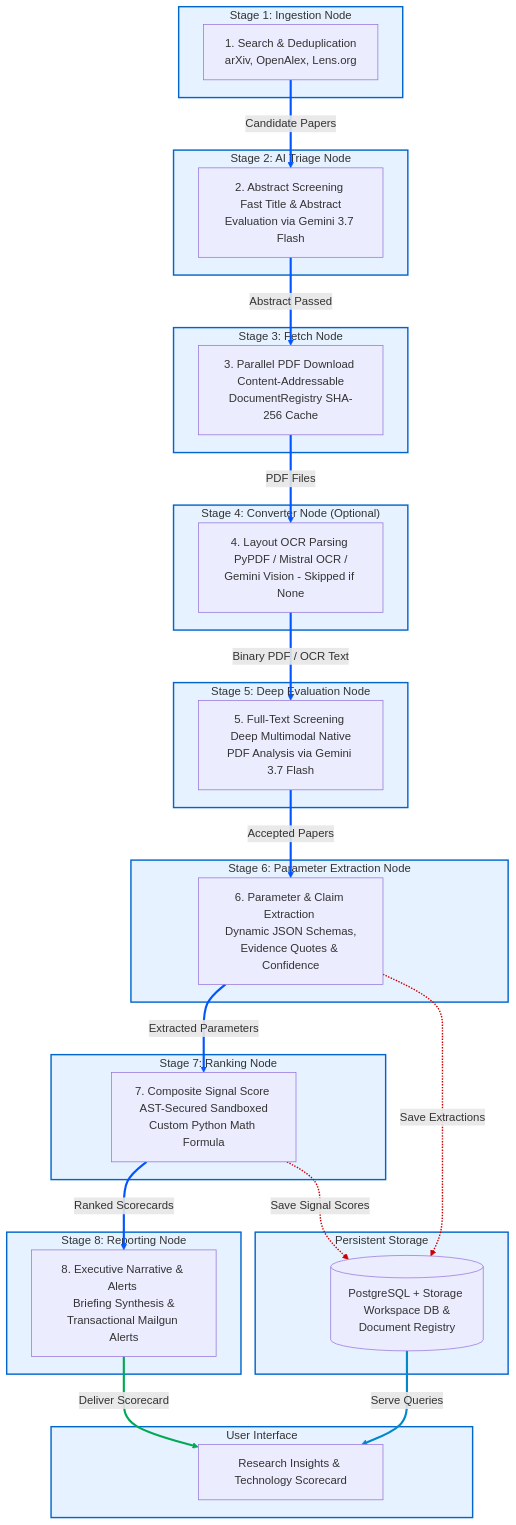
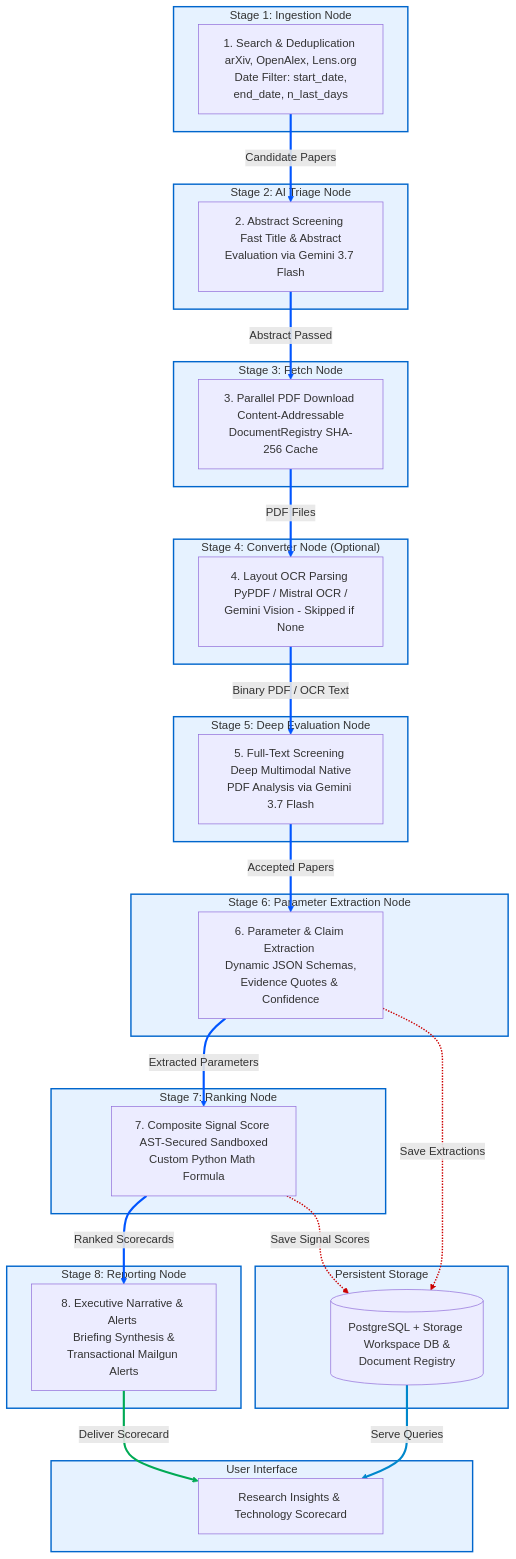
Before and after one commit to p4ku/research-intelligence: the diagram in docs/diagrams/pipeline_stages.mmd, drawn with Mermaid. The commit also changed 62 other files, not shown here.

```diff
--- a/docs/diagrams/pipeline_stages.mmd
+++ b/docs/diagrams/pipeline_stages.mmd
@@ -1,75 +1,75 @@
 graph TB
     subgraph P1 ["Stage 1: Ingestion Node"]
-        search[1. Search & Deduplication <br> arXiv, OpenAlex, Lens.org]
+        search[1. Search & Deduplication <br> arXiv, OpenAlex, Lens.org <br> Date Filter: start_date, end_date, n_last_days]
     end
     style P1 fill:#e6f2ff,stroke:#0066cc,stroke-width:2px
 
     subgraph P2 ["Stage 2: AI Triage Node"]
         abstract_screen[2. Abstract Screening <br> Fast Title & Abstract Evaluation via Gemini 3.7 Flash]
     end
     style P2 fill:#e6f2ff,stroke:#0066cc,stroke-width:2px
 
     subgraph P3 ["Stage 3: Fetch Node"]
         download[3. Parallel PDF Download <br> Content-Addressable DocumentRegistry SHA-256 Cache]
     end
     style P3 fill:#e6f2ff,stroke:#0066cc,stroke-width:2px
 
     subgraph P4 ["Stage 4: Converter Node (Optional)"]
         ocr[4. Layout OCR Parsing <br> PyPDF / Mistral OCR / Gemini Vision - Skipped if None]
     end
     style P4 fill:#e6f2ff,stroke:#0066cc,stroke-width:2px
 
     subgraph P5 ["Stage 5: Deep Evaluation Node"]
         full_text_screen[5. Full-Text Screening <br> Deep Multimodal Native PDF Analysis via Gemini 3.7 Flash]
     end
     style P5 fill:#e6f2ff,stroke:#0066cc,stroke-width:2px
 
     subgraph P6 ["Stage 6: Parameter Extraction Node"]
         extraction[6. Parameter & Claim Extraction <br> Dynamic JSON Schemas, Evidence Quotes & Confidence]
     end
     style P6 fill:#e6f2ff,stroke:#0066cc,stroke-width:2px
 
     subgraph P7 ["Stage 7: Ranking Node"]
         signal_score[7. Composite Signal Score <br> AST-Secured Sandboxed Custom Python Math Formula]
     end
     style P7 fill:#e6f2ff,stroke:#0066cc,stroke-width:2px
 
     subgraph P8 ["Stage 8: Reporting Node"]
         reporting[8. Executive Narrative & Alerts <br> Briefing Synthesis & Transactional Mailgun Alerts]
     end
     style P8 fill:#e6f2ff,stroke:#0066cc,stroke-width:2px
 
     subgraph KB ["Persistent Storage"]
         kb[(PostgreSQL + Storage <br> Workspace DB & Document Registry)]
     end
     style KB fill:#e6f2ff,stroke:#0066cc,stroke-width:2px
 
     subgraph UI ["User Interface"]
         user[Research Insights & Technology Scorecard]
     end
     style UI fill:#e6f2ff,stroke:#0066cc,stroke-width:2px
 
     search ==>|Candidate Papers| abstract_screen
     abstract_screen ==>|Abstract Passed| download
     download ==>|PDF Files| ocr
     ocr ==>|Binary PDF / OCR Text| full_text_screen
     full_text_screen ==>|Accepted Papers| extraction
     extraction ==>|Extracted Parameters| signal_score
     signal_score ==>|Ranked Scorecards| reporting
 
     extraction -.->|Save Extractions| kb
     signal_score -.->|Save Signal Scores| kb
     reporting ==>|Deliver Scorecard| user
     kb ==>|Serve Queries| user
 
     linkStyle 0 stroke:#0055ff,stroke-width:3px;
     linkStyle 1 stroke:#0055ff,stroke-width:3px;
     linkStyle 2 stroke:#0055ff,stroke-width:3px;
     linkStyle 3 stroke:#0055ff,stroke-width:3px;
     linkStyle 4 stroke:#0055ff,stroke-width:3px;
     linkStyle 5 stroke:#0055ff,stroke-width:3px;
     linkStyle 6 stroke:#0055ff,stroke-width:3px;
     linkStyle 7 stroke:#cc0000,stroke-width:2px;
     linkStyle 8 stroke:#cc0000,stroke-width:2px;
     linkStyle 9 stroke:#00aa55,stroke-width:3px;
     linkStyle 10 stroke:#0088cc,stroke-width:3px;
```
